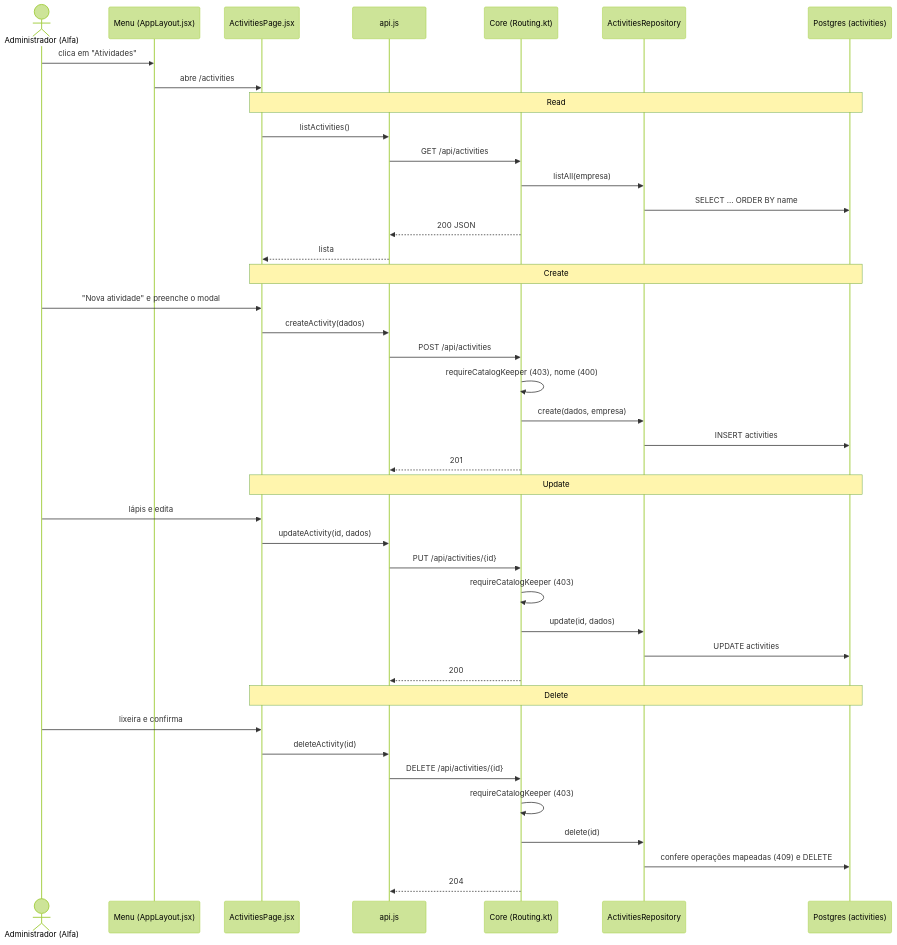
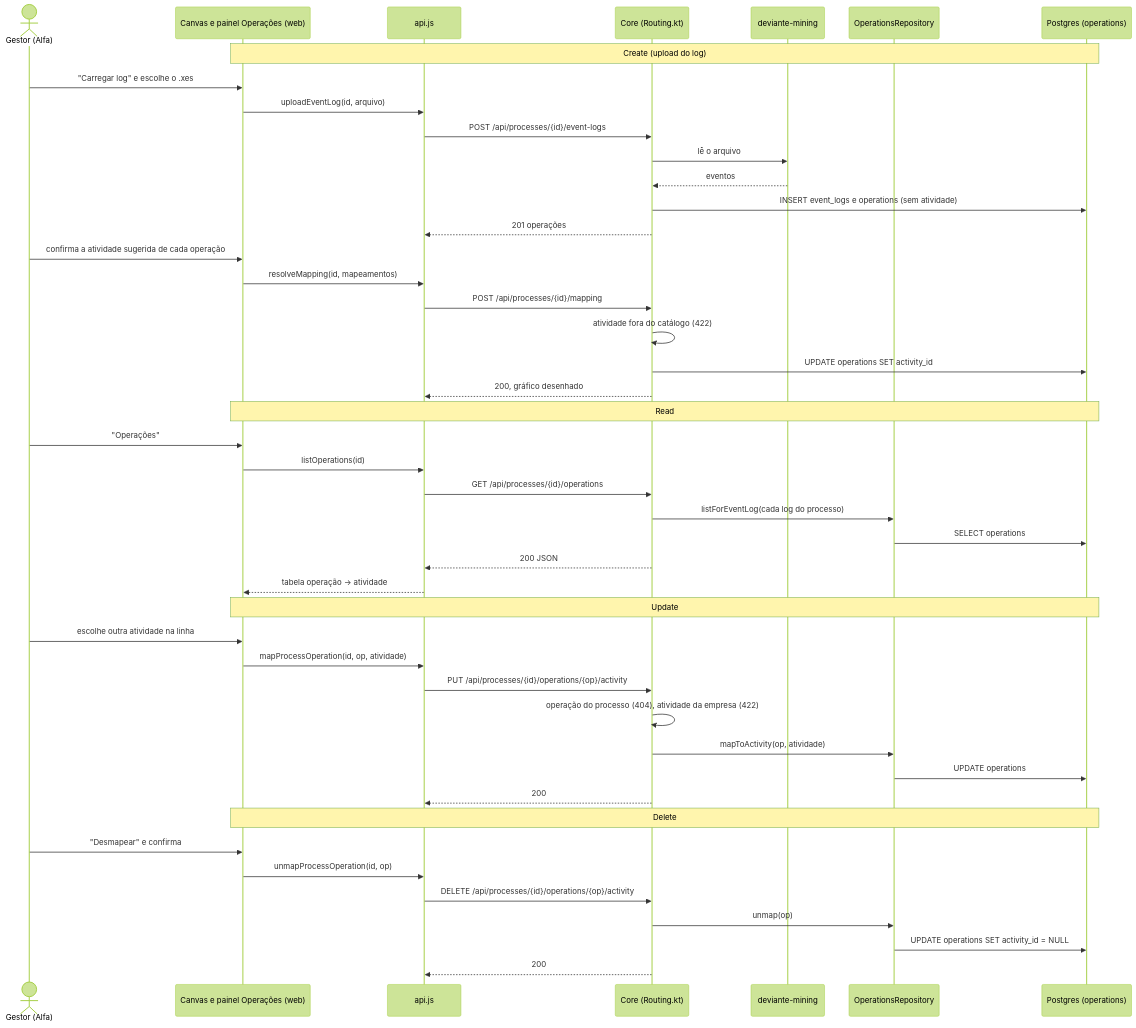
The second of 2 diagrams in Desenvolvimento Orientado a Reuso/defesa/roteiro-alander.md (aland3r/deviante-docs), drawn with Mermaid (forest theme) before and after one commit. The commit also changed other lines of this file and 1 other file, not shown here.

First line of the commit message:
Roteiro do Alander enxuto: sem autenticação, CRUD de Processo e de Operações do log como Gestor

````diff
--- a/Desenvolvimento Orientado a Reuso/defesa/roteiro-alander.md
+++ b/Desenvolvimento Orientado a Reuso/defesa/roteiro-alander.md
@@ -759,43 +438,47 @@
 ```mermaid
 sequenceDiagram
-    actor G as Administrador (Alfa)
-    participant N as Menu (AppLayout.jsx)
-    participant P as ActivitiesPage.jsx
+    actor G as Gestor (Alfa)
+    participant P as Canvas e painel Operações (web)
     participant A as api.js
     participant C as Core (Routing.kt)
-    participant R as ActivitiesRepository
-    participant DB as Postgres (activities)
-    G->>N: clica em "Atividades"
-    N->>P: abre /activities
+    participant M as deviante-mining
+    participant R as OperationsRepository
+    participant DB as Postgres (operations)
+    Note over P,DB: Create (upload do log)
+    G->>P: "Carregar log" e escolhe o .xes
+    P->>A: uploadEventLog(id, arquivo)
+    A->>C: POST /api/processes/{id}/event-logs
+    C->>M: lê o arquivo
+    M-->>C: eventos
+    C->>DB: INSERT event_logs e operations (sem atividade)
+    C-->>A: 201 operações
+    G->>P: confirma a atividade sugerida de cada operação
+    P->>A: resolveMapping(id, mapeamentos)
+    A->>C: POST /api/processes/{id}/mapping
+    C->>C: atividade fora do catálogo (422)
+    C->>DB: UPDATE operations SET activity_id
+    C-->>A: 200, gráfico desenhado
     Note over P,DB: Read
-    P->>A: listActivities()
-    A->>C: GET /api/activities
-    C->>R: listAll(empresa)
-    R->>DB: SELECT ... ORDER BY name
+    G->>P: "Operações"
+    P->>A: listOperations(id)
+    A->>C: GET /api/processes/{id}/operations
+    C->>R: listForEventLog(cada log do processo)
+    R->>DB: SELECT operations
     C-->>A: 200 JSON
-    A-->>P: lista
-    Note over P,DB: Create
-    G->>P: "Nova atividade" e preenche o modal
-    P->>A: createActivity(dados)
-    A->>C: POST /api/activities
-    C->>C: requireCatalogKeeper (403), nome (400)
-    C->>R: create(dados, empresa)
-    R->>DB: INSERT activities
-    C-->>A: 201
+    A-->>P: tabela operação → atividade
     Note over P,DB: Update
-    G->>P: lápis e edita
-    P->>A: updateActivity(id, dados)
-    A->>C: PUT /api/activities/{id}
-    C->>C: requireCatalogKeeper (403)
-    C->>R: update(id, dados)
-    R->>DB: UPDATE activities
+    G->>P: escolhe outra atividade na linha
+    P->>A: mapProcessOperation(id, op, atividade)
+    A->>C: PUT /api/processes/{id}/operations/{op}/activity
+    C->>C: operação do processo (404), atividade da empresa (422)
+    C->>R: mapToActivity(op, atividade)
+    R->>DB: UPDATE operations
     C-->>A: 200
     Note over P,DB: Delete
-    G->>P: lixeira e confirma
-    P->>A: deleteActivity(id)
-    A->>C: DELETE /api/activities/{id}
-    C->>C: requireCatalogKeeper (403)
-    C->>R: delete(id)
-    R->>DB: confere operações mapeadas (409) e DELETE
-    C-->>A: 204
+    G->>P: "Desmapear" e confirma
+    P->>A: unmapProcessOperation(id, op)
+    A->>C: DELETE /api/processes/{id}/operations/{op}/activity
+    C->>R: unmap(op)
+    R->>DB: UPDATE operations SET activity_id = NULL
+    C-->>A: 200
 ```
````
